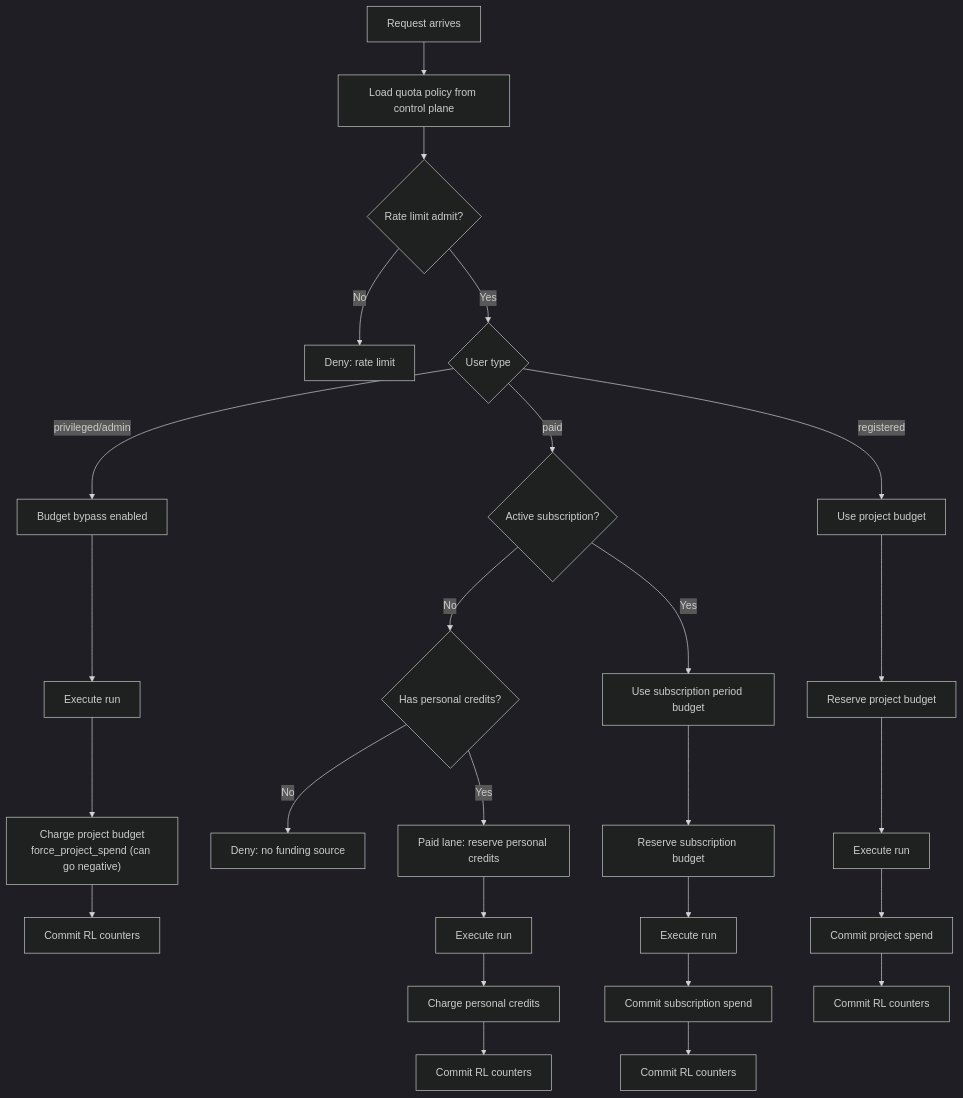
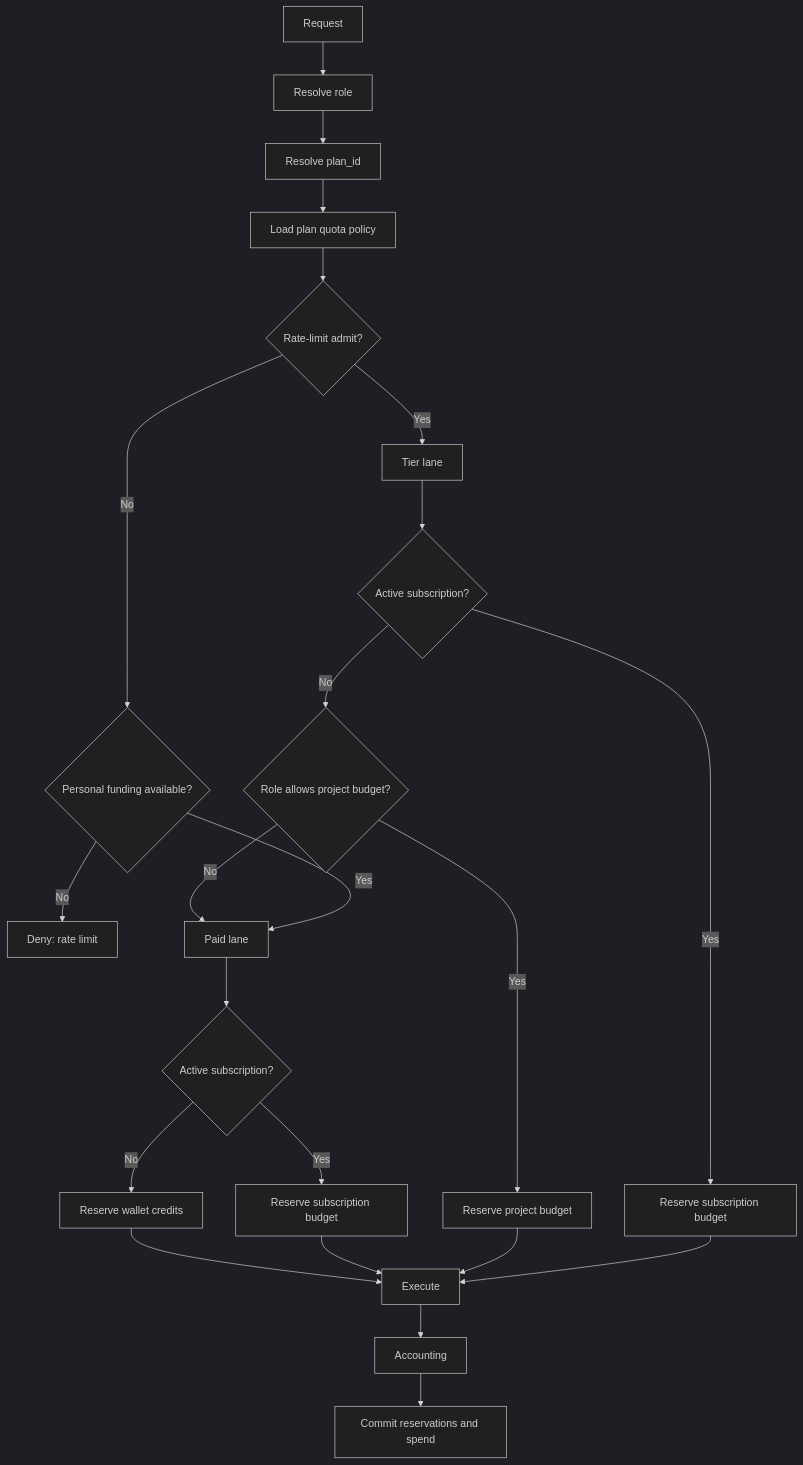
One commit to elenaviter/kdcube-ai-app changed the third of 3 diagrams in app/ai-app/docs/economics/economic-README.md. Above: the diagram before and after it, drawn with Mermaid (dark theme). The commit also changed other lines of this file and 53 other files, not shown here.

````diff
--- a/app/ai-app/docs/economics/economic-README.md
+++ b/app/ai-app/docs/economics/economic-README.md
@@ -119,31 +133,30 @@
 ```mermaid
 flowchart TD
-   A["Request arrives"] --> B["Load quota policy from control plane"]
-   B --> C{"Rate limit admit?"}
-   C -- No --> C1["Deny: rate limit"]
-   C -- Yes --> D{"User type"}
+  A[Request] --> B[Resolve role]
+  B --> C[Resolve plan_id]
+  C --> D[Load plan quota policy]
+  D --> E{Rate‑limit admit?}
+  E -- No --> F{Personal funding available?}
+  F -- No --> X[Deny: rate limit]
+  F -- Yes --> P1[Paid lane]
 
-   D -- "privileged/admin" --> P1["Budget bypass enabled"]
-   P1 --> P2["Execute run"]
-   P2 --> P3["Charge project budget\nforce_project_spend (can go negative)"]
-   P3 --> P4["Commit RL counters"]
+  E -- Yes --> T1[Tier lane]
 
-   D -- paid --> S1{"Active subscription?"}
-   S1 -- No --> S2{"Has personal credits?"}
-   S2 -- No --> S3["Deny: no funding source"]
-   S2 -- Yes --> S4["Paid lane: reserve personal credits"]
-   S4 --> S5["Execute run"]
-   S5 --> S6["Charge personal credits"]
-   S6 --> S7["Commit RL counters"]
-   S1 -- Yes --> S8["Use subscription period budget"]
-   S8 --> S9["Reserve subscription budget"]
-   S9 --> S10["Execute run"]
-   S10 --> S11["Commit subscription spend"]
-   S11 --> S12["Commit RL counters"]
+  T1 --> S{Active subscription?}
+  S -- Yes --> SB[Reserve subscription budget]
+  S -- No --> R{Role allows project budget?}
+  R -- Yes --> PB[Reserve project budget]
+  R -- No --> P1
 
-   D -- registered --> R1["Use project budget"]
-   R1 --> R2["Reserve project budget"]
-   R2 --> R3["Execute run"]
-   R3 --> R4["Commit project spend"]
-   R4 --> R5["Commit RL counters"]
+  P1 --> PF{Active subscription?}
+  PF -- Yes --> PS[Reserve subscription budget]
+  PF -- No --> PW[Reserve wallet credits]
+
+  SB --> RUN[Execute]
+  PB --> RUN
+  PS --> RUN
+  PW --> RUN
+
+  RUN --> ACC[Accounting]
+  ACC --> COMMIT[Commit reservations and spend]
 ```
````
